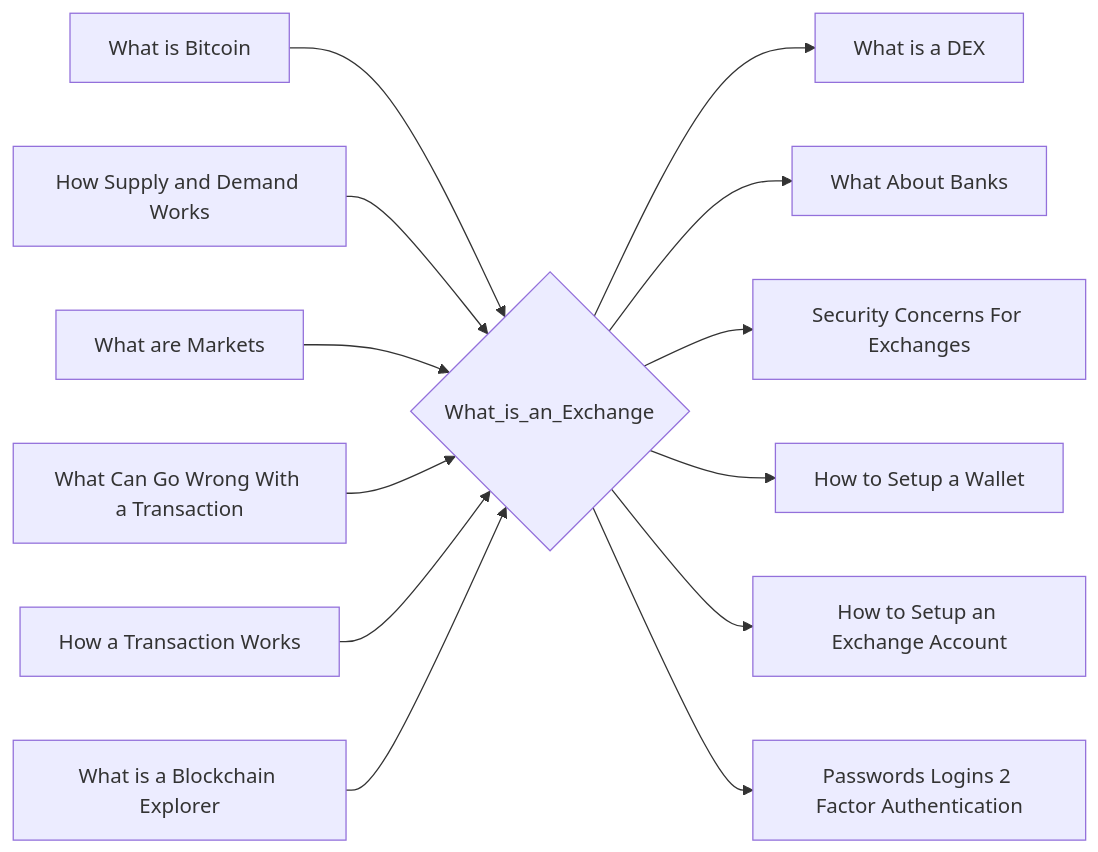
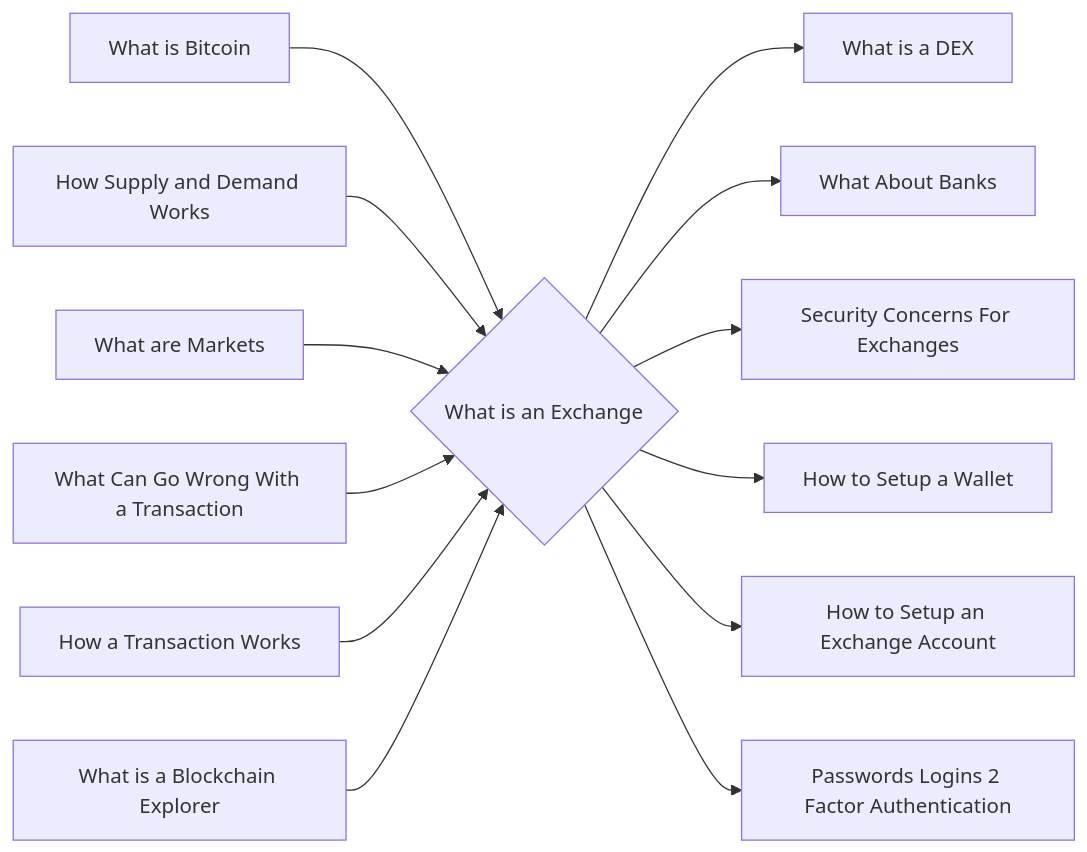
The diagram in notes/What_is_an_Exchange.md (lpurdy01/crypto-knowledge-map), drawn with Mermaid before and after one commit. The commit also changed 58 other files, not shown here.

````diff
--- a/notes/What_is_an_Exchange.md
+++ b/notes/What_is_an_Exchange.md
@@ -21,15 +21,15 @@
 ```mermaid
 graph LR
-1["What is Bitcoin"]-->0{"What_is_an_Exchange"}
-2["How Supply and Demand Works"]-->0{"What_is_an_Exchange"}
-3["What are Markets"]-->0{"What_is_an_Exchange"}
-4["What Can Go Wrong With a Transaction"]-->0{"What_is_an_Exchange"}
-5["How a Transaction Works"]-->0{"What_is_an_Exchange"}
-6["What is a Blockchain Explorer"]-->0{"What_is_an_Exchange"}
-0{"What_is_an_Exchange"}-->7["What is a DEX"]
-0{"What_is_an_Exchange"}-->8["What About Banks"]
-0{"What_is_an_Exchange"}-->9["Security Concerns For Exchanges"]
-0{"What_is_an_Exchange"}-->10["How to Setup a Wallet"]
-0{"What_is_an_Exchange"}-->11["How to Setup an Exchange Account"]
-0{"What_is_an_Exchange"}-->12["Passwords Logins 2 Factor Authentication"]
+1["What is Bitcoin"]-->0{"What is an Exchange"}
+2["How Supply and Demand Works"]-->0{"What is an Exchange"}
+3["What are Markets"]-->0{"What is an Exchange"}
+4["What Can Go Wrong With a Transaction"]-->0{"What is an Exchange"}
+5["How a Transaction Works"]-->0{"What is an Exchange"}
+6["What is a Blockchain Explorer"]-->0{"What is an Exchange"}
+0{"What is an Exchange"}-->7["What is a DEX"]
+0{"What is an Exchange"}-->8["What About Banks"]
+0{"What is an Exchange"}-->9["Security Concerns For Exchanges"]
+0{"What is an Exchange"}-->10["How to Setup a Wallet"]
+0{"What is an Exchange"}-->11["How to Setup an Exchange Account"]
+0{"What is an Exchange"}-->12["Passwords Logins 2 Factor Authentication"]
 ```
````
